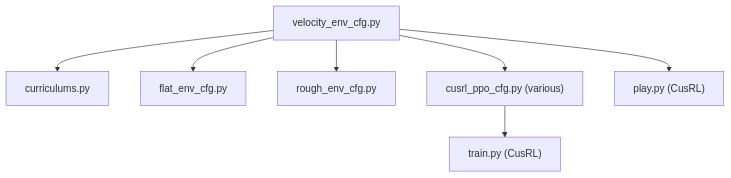
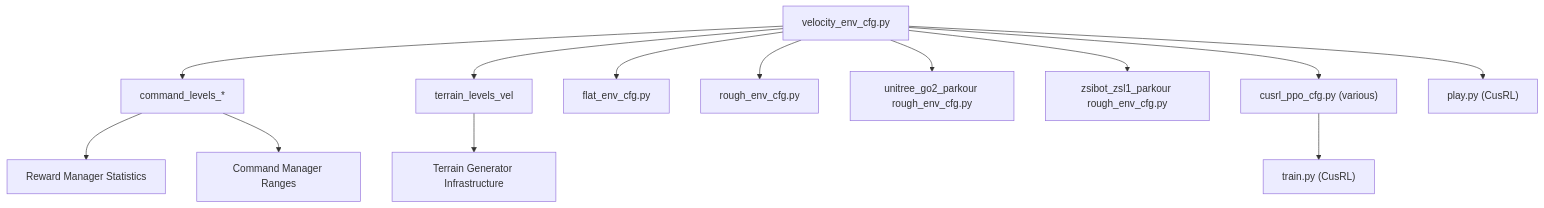
One commit to jayjayhust/robot_lab changed the fourth of 4 diagrams in .qoder/repowiki/en/content/Advanced Features/Curriculum Learning Framework.md. Above: the diagram before and after it, drawn with Mermaid. The commit also changed other lines of this file and 168 other files, not shown here.

````diff
--- a/.qoder/repowiki/en/content/Advanced Features/Curriculum Learning Framework.md
+++ b/.qoder/repowiki/en/content/Advanced Features/Curriculum Learning Framework.md
@@ -225,9 +302,15 @@
 ```mermaid
 graph TB
-EnvCfg["velocity_env_cfg.py"] --> CurFunc["curriculums.py"]
+EnvCfg["velocity_env_cfg.py"] --> CmdFunc["command_levels_*"]
+EnvCfg --> TerrFunc["terrain_levels_vel"]
 EnvCfg --> Flat["flat_env_cfg.py"]
 EnvCfg --> Rough["rough_env_cfg.py"]
+EnvCfg --> ParkourGo2["unitree_go2_parkour rough_env_cfg.py"]
+EnvCfg --> ParkourZSL1["zsibot_zsl1_parkour rough_env_cfg.py"]
 EnvCfg --> Agents["cusrl_ppo_cfg.py (various)"]
 Agents --> Train["train.py (CusRL)"]
 EnvCfg --> Play["play.py (CusRL)"]
+TerrFunc --> TerrainGen["Terrain Generator Infrastructure"]
+CmdFunc --> RewardMgr["Reward Manager Statistics"]
+CmdFunc --> CommandMgr["Command Manager Ranges"]
 ```
````
